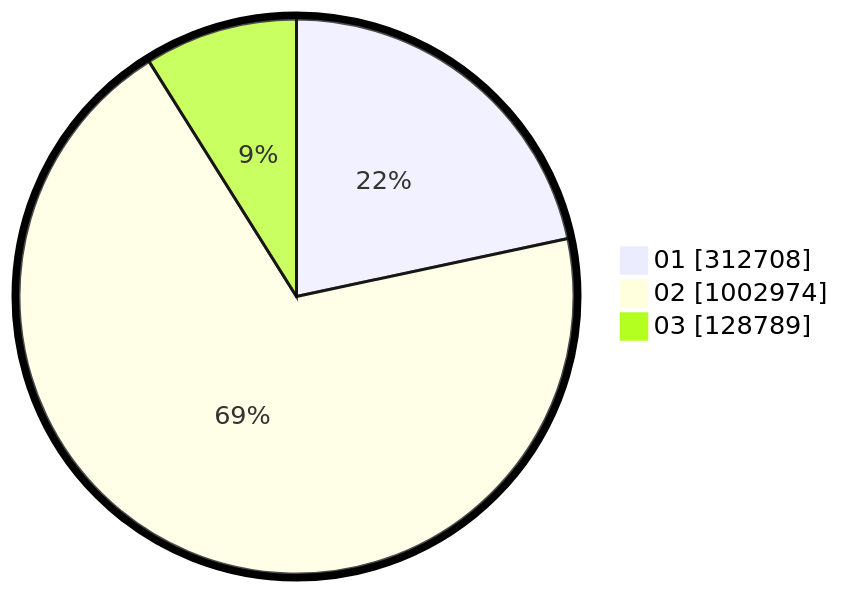
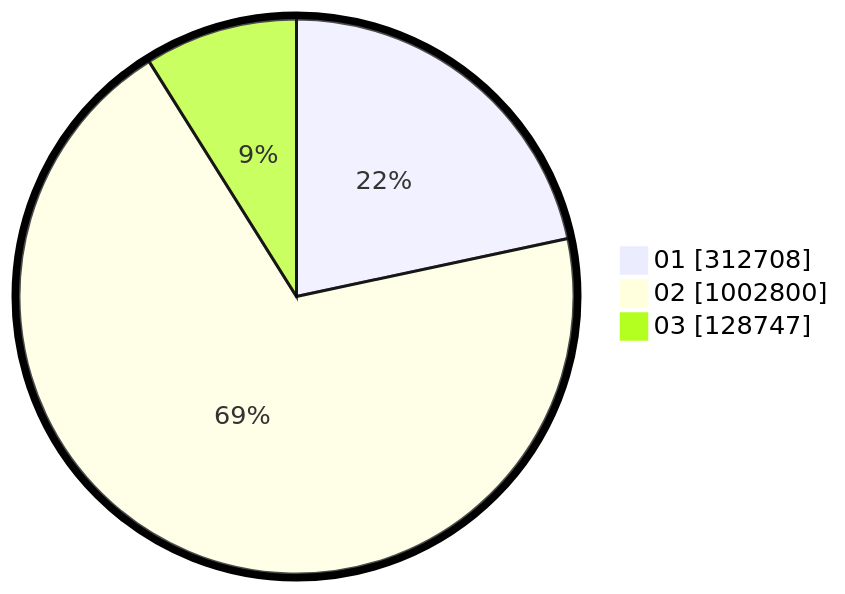
Before and after one commit to gigit-pemilu/pemilu-2024: the second of 2 diagrams in pilpres/hitung-suara/sub/table-wilayah-72.md, drawn with Mermaid. The commit also changed other lines of this file and 3 other files, not shown here.

````diff
--- a/pilpres/hitung-suara/sub/table-wilayah-72.md
+++ b/pilpres/hitung-suara/sub/table-wilayah-72.md
@@ -15,7 +15,7 @@
 ```mermaid
 %%{init: {"pie": {"textPosition": 0.5}, "themeVariables": {"pieOuterStrokeWidth": "5px"}} }%%
 pie showData
     "01" : 312708
-    "02" : 1002974
-    "03" : 128789
+    "02" : 1002800
+    "03" : 128747
 ```
````
